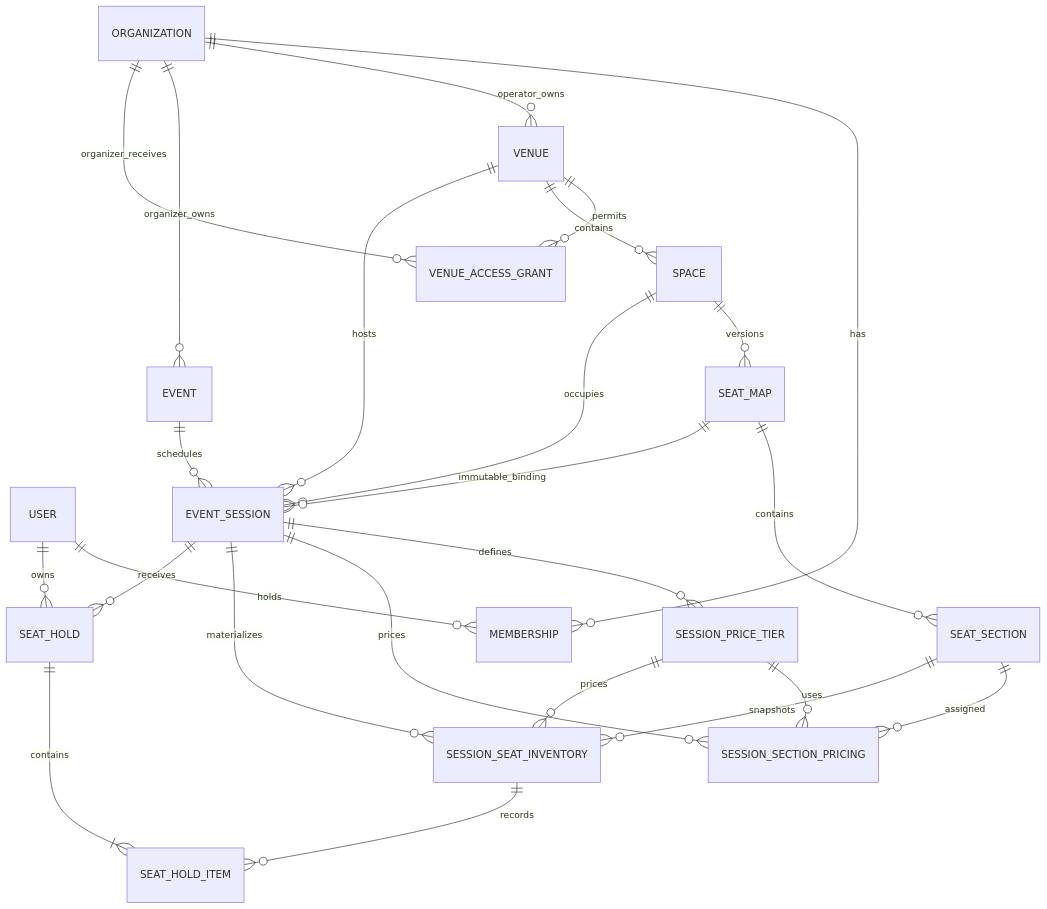
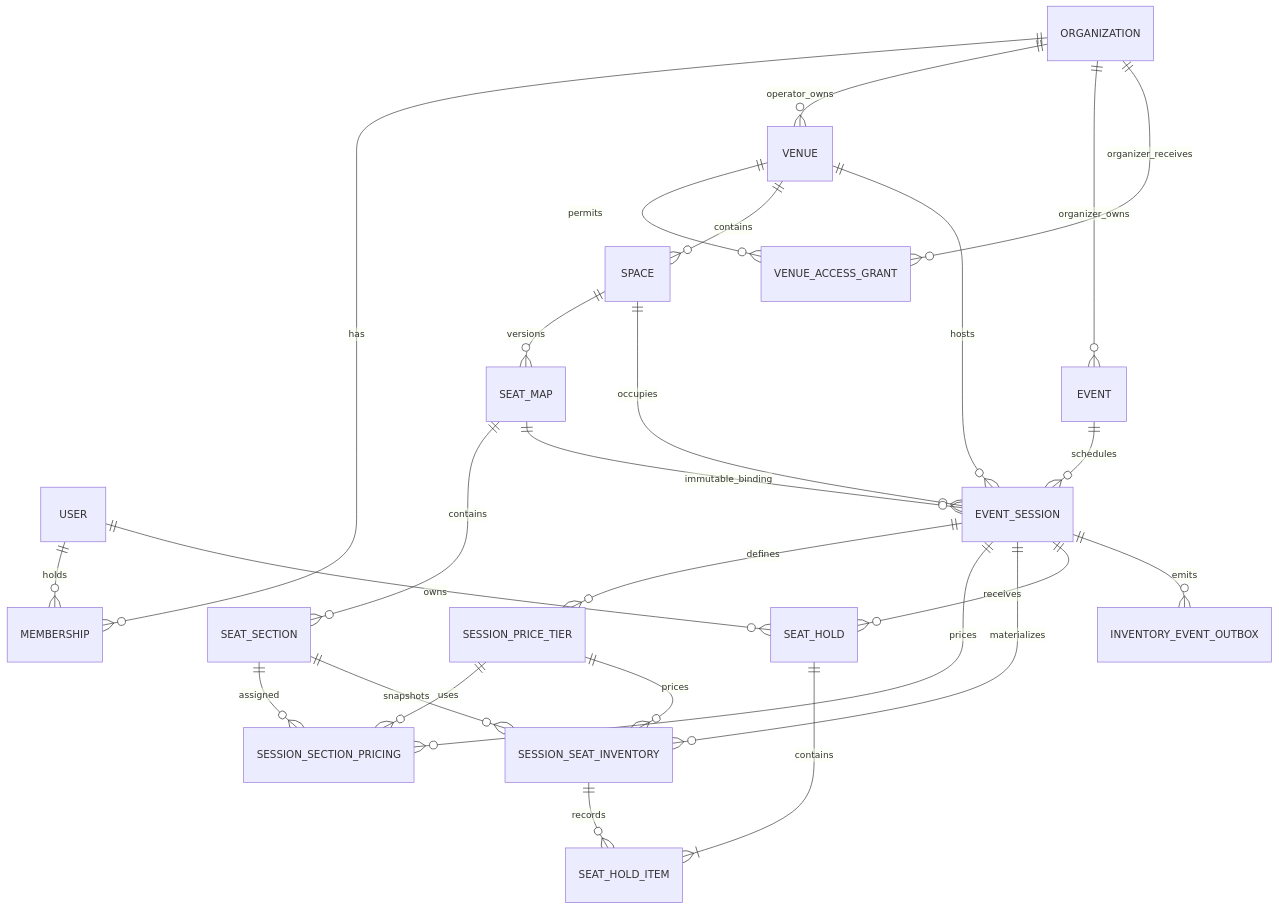
Before and after one commit to tahagurvardar/seatflow: the diagram in docs/architecture.md, drawn with Mermaid. The commit also changed other lines of this file and 54 other files, not shown here.

````diff
--- a/docs/architecture.md
+++ b/docs/architecture.md
@@ -11,27 +11,28 @@
 ```mermaid
 erDiagram
   USER ||--o{ MEMBERSHIP : holds
   ORGANIZATION ||--o{ MEMBERSHIP : has
   ORGANIZATION ||--o{ VENUE : operator_owns
   ORGANIZATION ||--o{ EVENT : organizer_owns
   ORGANIZATION ||--o{ VENUE_ACCESS_GRANT : organizer_receives
   VENUE ||--o{ VENUE_ACCESS_GRANT : permits
   VENUE ||--o{ SPACE : contains
   SPACE ||--o{ SEAT_MAP : versions
   SEAT_MAP ||--o{ SEAT_SECTION : contains
   EVENT ||--o{ EVENT_SESSION : schedules
   VENUE ||--o{ EVENT_SESSION : hosts
   SPACE ||--o{ EVENT_SESSION : occupies
   SEAT_MAP ||--o{ EVENT_SESSION : immutable_binding
   EVENT_SESSION ||--o{ SESSION_PRICE_TIER : defines
   EVENT_SESSION ||--o{ SESSION_SECTION_PRICING : prices
   SEAT_SECTION ||--o{ SESSION_SECTION_PRICING : assigned
   SESSION_PRICE_TIER ||--o{ SESSION_SECTION_PRICING : uses
   EVENT_SESSION ||--o{ SESSION_SEAT_INVENTORY : materializes
   SEAT_SECTION ||--o{ SESSION_SEAT_INVENTORY : snapshots
   SESSION_PRICE_TIER ||--o{ SESSION_SEAT_INVENTORY : prices
   USER ||--o{ SEAT_HOLD : owns
   EVENT_SESSION ||--o{ SEAT_HOLD : receives
+  EVENT_SESSION ||--o{ INVENTORY_EVENT_OUTBOX : emits
   SEAT_HOLD ||--|{ SEAT_HOLD_ITEM : contains
   SESSION_SEAT_INVENTORY ||--o{ SEAT_HOLD_ITEM : records
 ```
````
